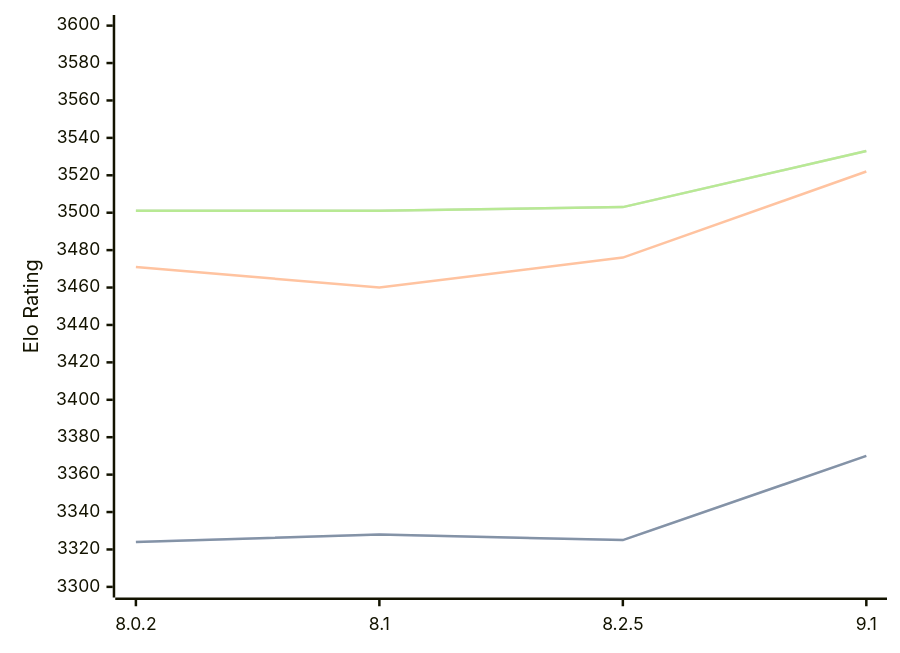
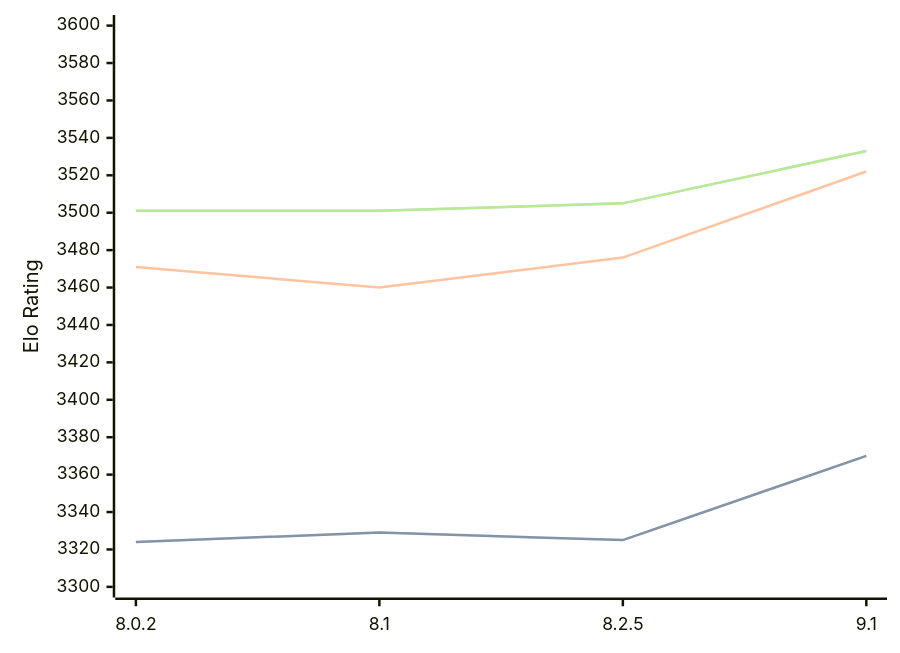
The diagram in engines/Clover.md (computer-chess-index/cci), drawn with Mermaid before and after one commit. The commit also changed other lines of this file, not shown here.

Commit message:
Update CCI Ratings (ELO VLTC) - 2026-07-20

````diff
--- a/engines/Clover.md
+++ b/engines/Clover.md
@@ -64,11 +64,11 @@
 ```mermaid
 %%{init: {"theme":"base","themeVariables":{"seriesColors:['#a3a3a3','#222221','#faa371']}}}%%
 xychart-beta
   x-axis ["8.0.2", "8.1", "8.2.5", "9.1"]
   y-axis "Elo Rating" 3300 --> 3600
-  line "STC (8.0+0.08s)" [3324, 3328, 3325, 3370]
-  line "STC (8.0+0.08s)" [3324, 3328, 3325, 3370]
+  line "STC (8.0+0.08s)" [3324, 3329, 3325, 3370]
+  line "STC (8.0+0.08s)" [3324, 3329, 3325, 3370]
   line "LTC (60.0+0.60s)" [3471, 3460, 3476, 3522]
-  line "VLTC (2m24s+1.12s)" [3501, 3501, 3503, 3533]
-  line "VLTC (2m24s+1.12s)" [3501, 3501, 3503, 3533]
+  line "VLTC (2m24s+1.12s)" [3501, 3501, 3505, 3533]
+  line "VLTC (2m24s+1.12s)" [3501, 3501, 3505, 3533]
 ```
````
